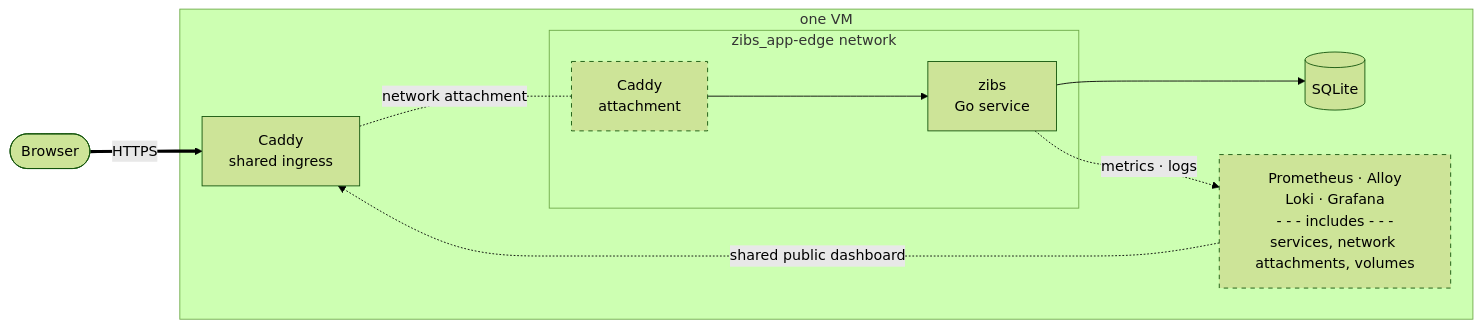
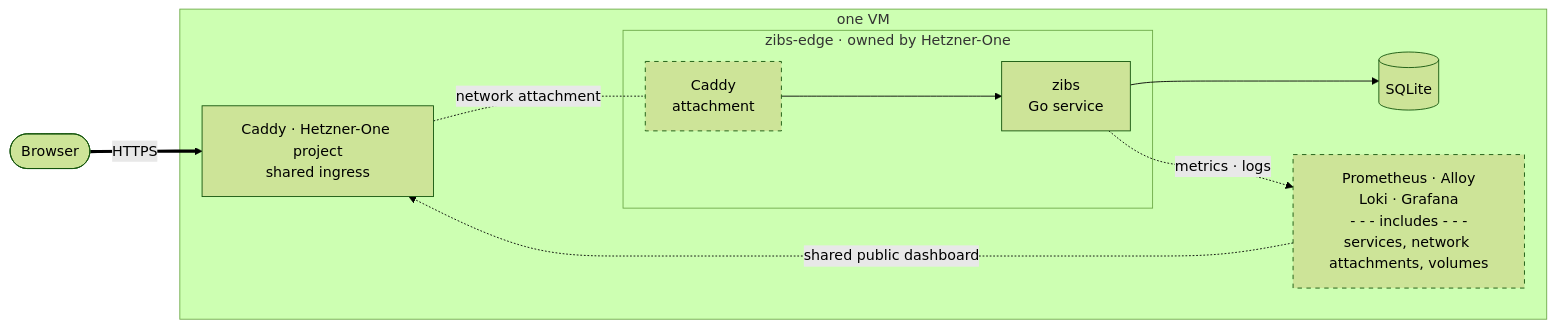
The diagram in README.md (dvinubius/zibs), drawn with Mermaid (forest theme) before and after one commit. The commit also changed other lines of this file and 8 other files, not shown here.

Commit message:
Move zibs edge network ownership to shared infrastructure

````diff
--- a/README.md
+++ b/README.md
@@ -16,21 +16,21 @@
 ```mermaid
 flowchart LR
     browser([Browser]) ==>|HTTPS| caddy
 
     subgraph vm[one VM]
-        subgraph edge[zibs_app-edge network]
+        subgraph edge[zibs-edge · owned by Hetzner-One]
             caddyAppEdge[Caddy<br/>attachment]
             zibs[zibs<br/>Go service]
         end
         zibs --> db[(SQLite)]
         zibs -.->|metrics · logs| obs[Prometheus · Alloy<br/>Loki · Grafana<br/>- - - includes - - -<br/>services, network attachments, volumes]
         obs -.->|shared public dashboard| caddy
-        caddy[Caddy<br/>shared ingress]
+        caddy[Caddy · Hetzner-One project<br/>shared ingress]
     end
 
     caddy -.-|network attachment| caddyAppEdge
     caddyAppEdge --> zibs
 
     classDef simplified stroke-dasharray: 5 5;
     class caddyAppEdge,obs simplified;
 ```
````
